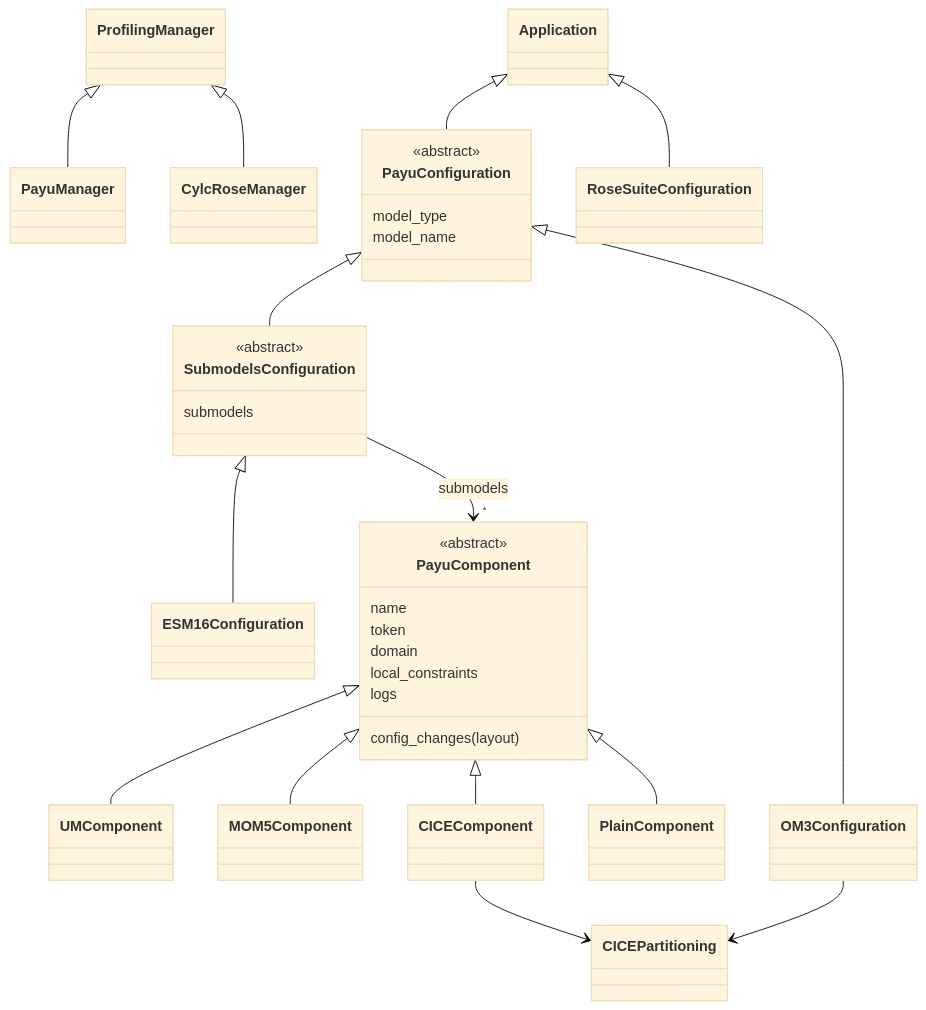
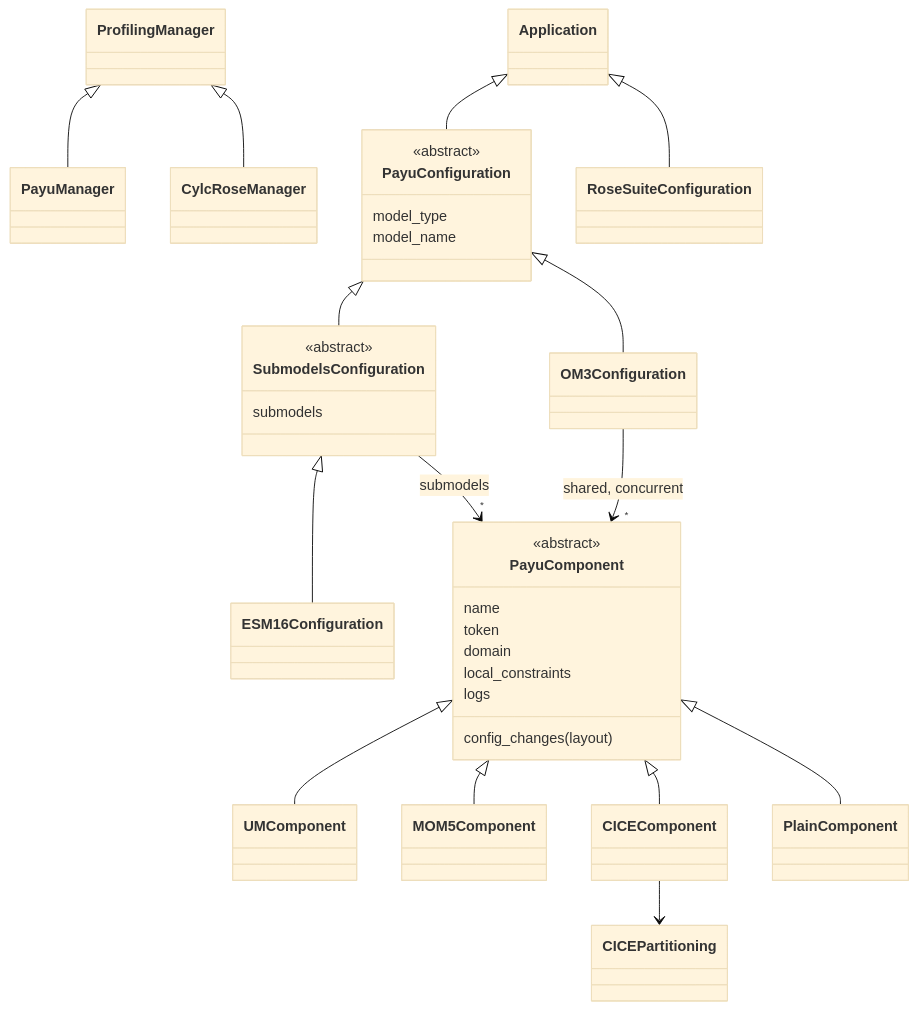
Before and after one commit to ACCESS-NRI/access-profiling: the second of 3 diagrams in documentation/docs/pages/developer-guide/index.md, drawn with Mermaid (base theme). The commit also changed other lines of this file and 8 other files, not shown here.

````diff
--- a/documentation/docs/pages/developer-guide/index.md
+++ b/documentation/docs/pages/developer-guide/index.md
@@ -88,36 +88,36 @@
 ```mermaid
 classDiagram
     direction TB
     ProfilingManager <|-- PayuManager
     ProfilingManager <|-- CylcRoseManager
     class PayuConfiguration {
         <<abstract>>
         model_type
         model_name
     }
     class SubmodelsConfiguration {
         <<abstract>>
         submodels
     }
     class PayuComponent {
         <<abstract>>
         name
         token
         domain
         local_constraints
         logs
         config_changes(layout)
     }
     Application <|-- PayuConfiguration
     Application <|-- RoseSuiteConfiguration
     PayuConfiguration <|-- SubmodelsConfiguration
     PayuConfiguration <|-- OM3Configuration
     SubmodelsConfiguration <|-- ESM16Configuration
     SubmodelsConfiguration --> "*" PayuComponent : submodels
     PayuComponent <|-- UMComponent
     PayuComponent <|-- MOM5Component
     PayuComponent <|-- CICEComponent
     PayuComponent <|-- PlainComponent
     CICEComponent --> CICEPartitioning
-    OM3Configuration --> CICEPartitioning
+    OM3Configuration --> "*" PayuComponent : shared, concurrent
 ```
````
